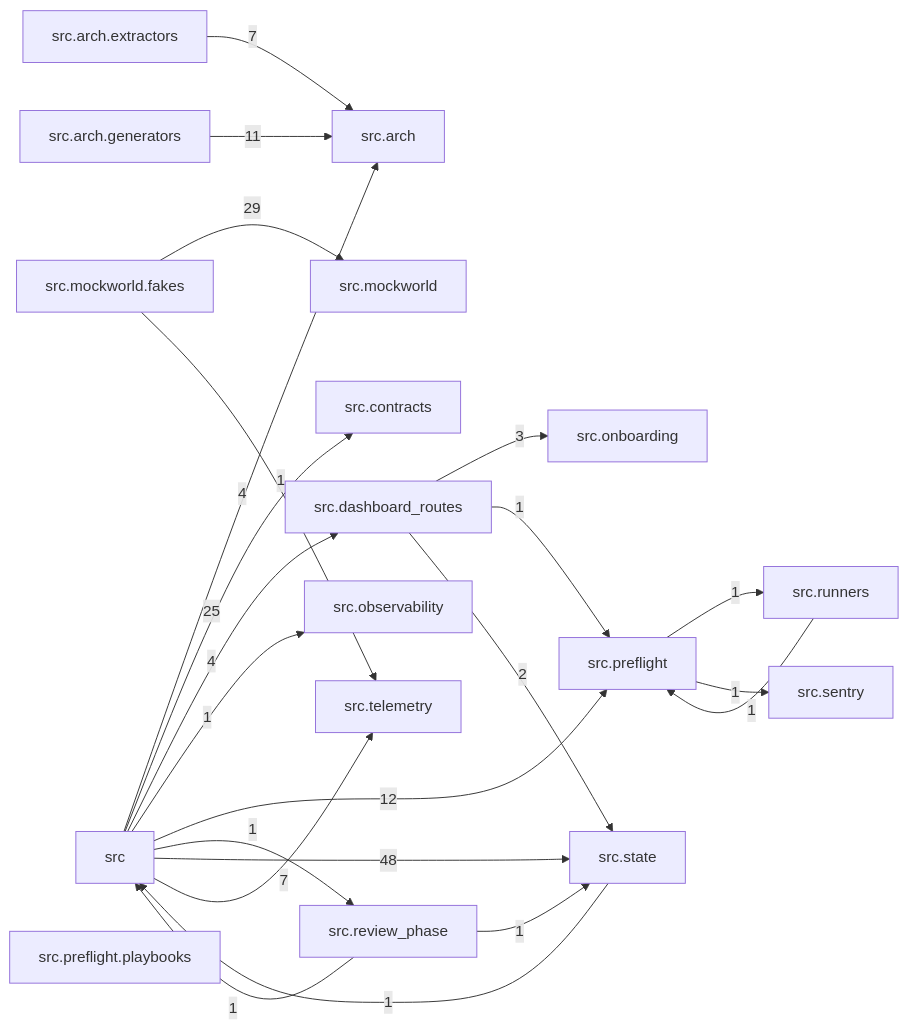
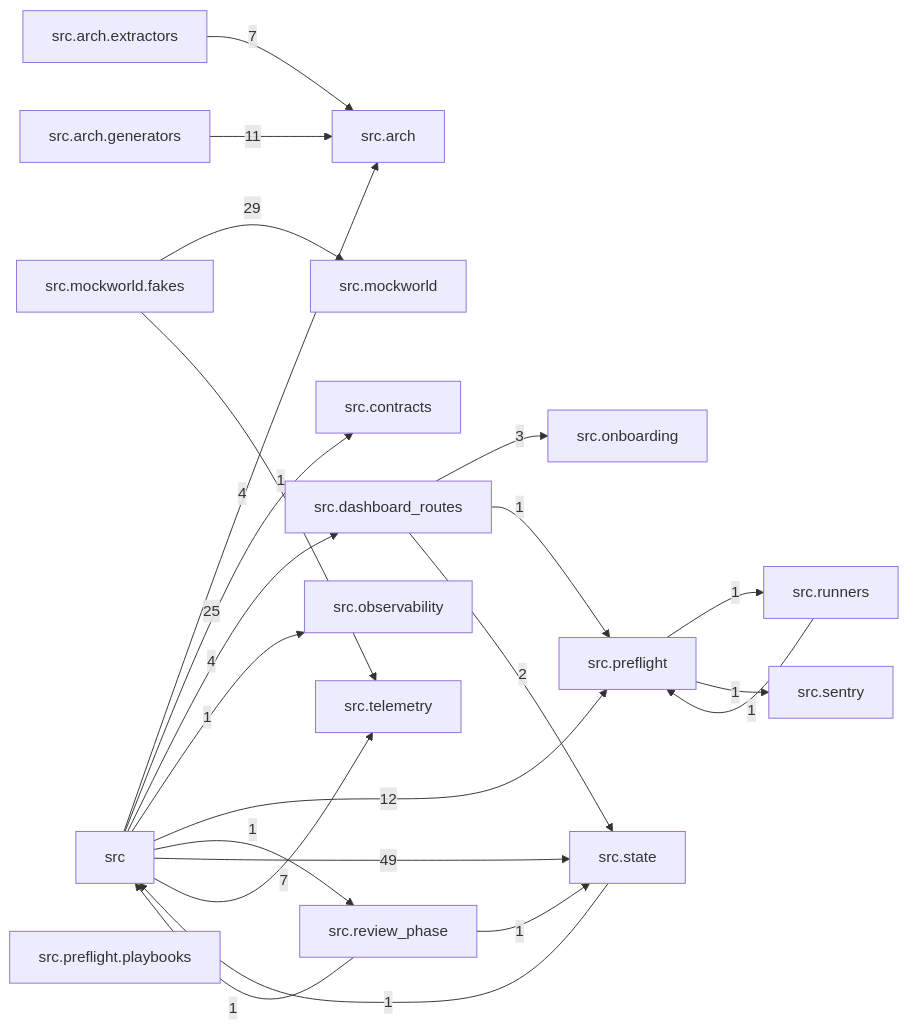
The diagram in docs/arch/generated/modules.md (T-rav/hydraflow), drawn with Mermaid before and after one commit. The commit also changed 10 other files, not shown here.

````diff
--- a/docs/arch/generated/modules.md
+++ b/docs/arch/generated/modules.md
@@ -7,41 +7,41 @@
 ```mermaid
 graph LR
     src["src"]
     src_arch["src.arch"]
     src_arch_extractors["src.arch.extractors"]
     src_arch_generators["src.arch.generators"]
     src_contracts["src.contracts"]
     src_dashboard_routes["src.dashboard_routes"]
     src_mockworld["src.mockworld"]
     src_mockworld_fakes["src.mockworld.fakes"]
     src_observability["src.observability"]
     src_onboarding["src.onboarding"]
     src_preflight["src.preflight"]
     src_preflight_playbooks["src.preflight.playbooks"]
     src_review_phase["src.review_phase"]
     src_runners["src.runners"]
     src_sentry["src.sentry"]
     src_state["src.state"]
     src_telemetry["src.telemetry"]
     src -- "4" --> src_arch
     src -- "25" --> src_contracts
     src -- "4" --> src_dashboard_routes
     src -- "1" --> src_observability
     src -- "12" --> src_preflight
     src -- "1" --> src_review_phase
-    src -- "48" --> src_state
+    src -- "49" --> src_state
     src -- "7" --> src_telemetry
     src_arch_extractors -- "7" --> src_arch
     src_arch_generators -- "11" --> src_arch
     src_dashboard_routes -- "3" --> src_onboarding
     src_dashboard_routes -- "1" --> src_preflight
     src_dashboard_routes -- "2" --> src_state
     src_mockworld_fakes -- "29" --> src_mockworld
     src_mockworld_fakes -- "1" --> src_telemetry
     src_preflight -- "1" --> src_runners
     src_preflight -- "1" --> src_sentry
     src_review_phase -- "1" --> src
     src_review_phase -- "1" --> src_state
     src_runners -- "1" --> src_preflight
     src_state -- "1" --> src
 ```
````
